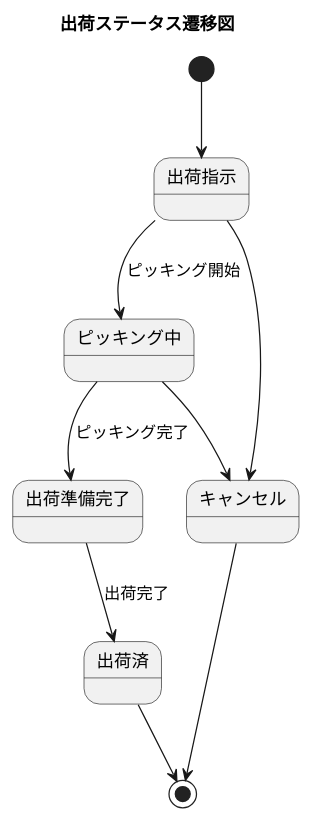
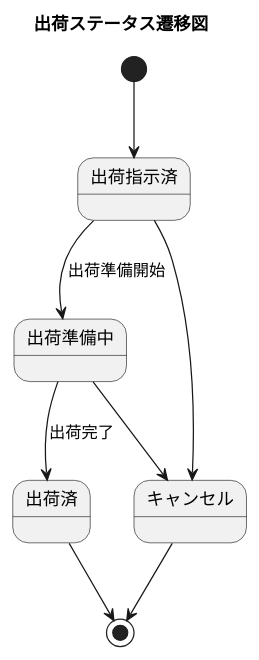
Before and after one commit to k2works/practical-database-design: the seventh of 12 diagrams in docs/article/part2/chapter06.md, drawn with PlantUML. The commit also changed other lines of this file, not shown here.

````diff
--- a/docs/article/part2/chapter06.md
+++ b/docs/article/part2/chapter06.md
@@ -1049,20 +1069,19 @@
 ```plantuml
 @startuml
 
 title 出荷ステータス遷移図
 
-[*] --> 出荷指示
+[*] --> 出荷指示済
 
-出荷指示 --> ピッキング中 : ピッキング開始
-ピッキング中 --> 出荷準備完了 : ピッキング完了
-出荷準備完了 --> 出荷済 : 出荷完了
+出荷指示済 --> 出荷準備中 : 出荷準備開始
+出荷準備中 --> 出荷済 : 出荷完了
 
 出荷済 --> [*]
 
-出荷指示 --> キャンセル
-ピッキング中 --> キャンセル
+出荷指示済 --> キャンセル
+出荷準備中 --> キャンセル
 
 キャンセル --> [*]
 
 @enduml
 ```
````
